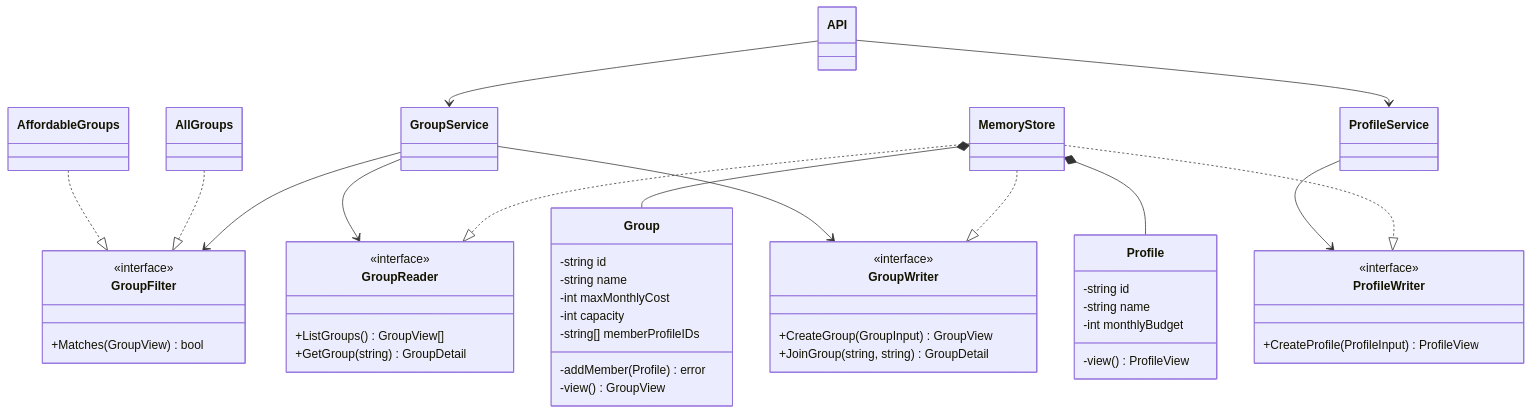
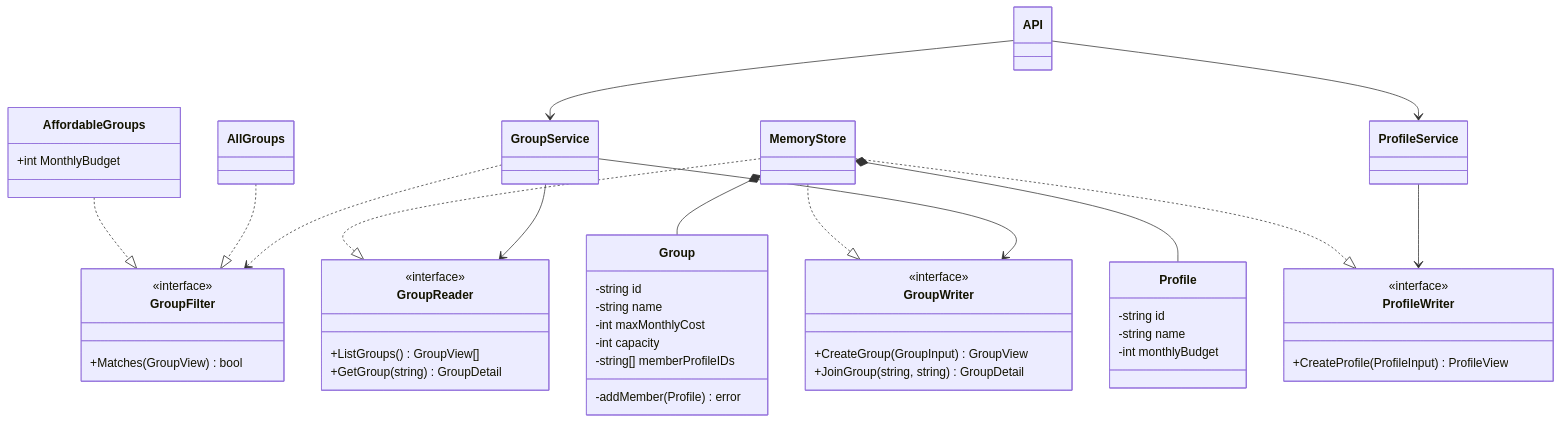
Before and after one commit to Lucian-Adrian/sem5-software-design: the first of 2 diagrams in lab-00/report.md, drawn with Mermaid. The commit also changed other lines of this file and 3 other files, not shown here.

````diff
--- a/lab-00/report.md
+++ b/lab-00/report.md
@@ -107,55 +173,55 @@
 ```mermaid
 classDiagram
     class Group {
         -string id
         -string name
         -int maxMonthlyCost
         -int capacity
         -string[] memberProfileIDs
         -addMember(Profile) error
-        -view() GroupView
     }
     class Profile {
         -string id
         -string name
         -int monthlyBudget
-        -view() ProfileView
     }
     class GroupReader {
         <<interface>>
         +ListGroups() GroupView[]
         +GetGroup(string) GroupDetail
     }
     class GroupWriter {
         <<interface>>
         +CreateGroup(GroupInput) GroupView
         +JoinGroup(string, string) GroupDetail
     }
     class ProfileWriter {
         <<interface>>
         +CreateProfile(ProfileInput) ProfileView
     }
     class GroupFilter {
         <<interface>>
         +Matches(GroupView) bool
     }
     class AllGroups
-    class AffordableGroups
+    class AffordableGroups {
+        +int MonthlyBudget
+    }
     class MemoryStore
     class GroupService
     class ProfileService
     class API
+    API --> GroupService
+    API --> ProfileService
+    GroupService --> GroupReader
+    GroupService --> GroupWriter
+    GroupService ..> GroupFilter
+    ProfileService --> ProfileWriter
     MemoryStore ..|> GroupReader
     MemoryStore ..|> GroupWriter
     MemoryStore ..|> ProfileWriter
     MemoryStore *-- Group
     MemoryStore *-- Profile
-    GroupService --> GroupReader
-    GroupService --> GroupWriter
-    GroupService --> GroupFilter
-    ProfileService --> ProfileWriter
     AllGroups ..|> GroupFilter
     AffordableGroups ..|> GroupFilter
-    API --> GroupService
-    API --> ProfileService
 ```
````
